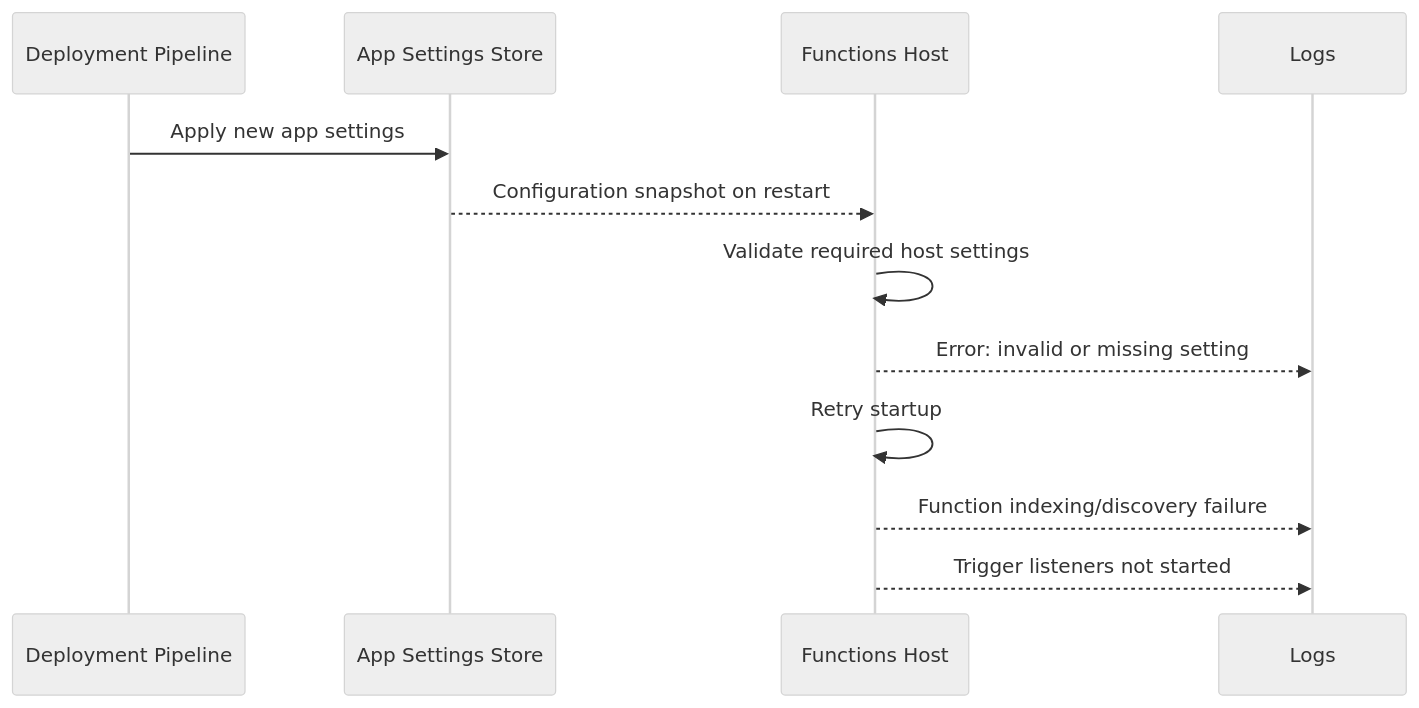
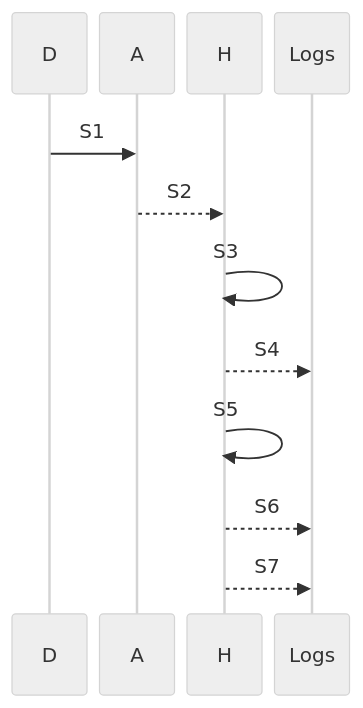
Before and after one commit to yeongseon/azure-functions-practical-guide: the second of 4 diagrams in docs/troubleshooting/playbooks/auth-config/app-settings-misconfiguration.md, drawn with Mermaid (neutral theme). The commit also changed other lines of this file and 2 other files, not shown here.

First line of the commit message:
docs(diagrams): migrate Functions playbooks auth-config — app settings misconfiguration and managed identity rbac failure (#453)

````diff
--- a/docs/troubleshooting/playbooks/auth-config/app-settings-misconfiguration.md
+++ b/docs/troubleshooting/playbooks/auth-config/app-settings-misconfiguration.md
@@ -128,14 +157,17 @@
 ```mermaid
+%%{init: {"sequence":{"width":60,"actorMargin":10,"diagramMarginX":0,"wrap":true}}}%%
 sequenceDiagram
-    participant D as Deployment Pipeline
-    participant A as App Settings Store
-    participant H as Functions Host
+    accTitle: Settings change and startup failure progression
+    accDescr: Illustrative seven-message sequence retaining deployment, settings store, host and logs roles. The depicted errors are scenario steps, not a guaranteed failure cascade or a platform protocol trace.
+    participant D as D
+    participant A as A
+    participant H as H
     participant L as Logs
-    D->>A: Apply new app settings
-    A-->>H: Configuration snapshot on restart
-    H->>H: Validate required host settings
-    H-->>L: Error: invalid or missing setting
-    H->>H: Retry startup
-    H-->>L: Function indexing/discovery failure
-    H-->>L: Trigger listeners not started
+    D->>A: S1
+    A-->>H: S2
+    H->>H: S3
+    H-->>L: S4
+    H->>H: S5
+    H-->>L: S6
+    H-->>L: S7
 ```
````
